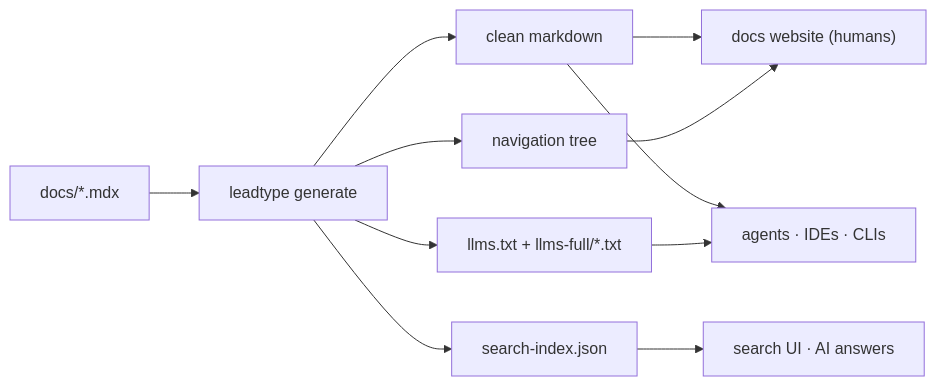
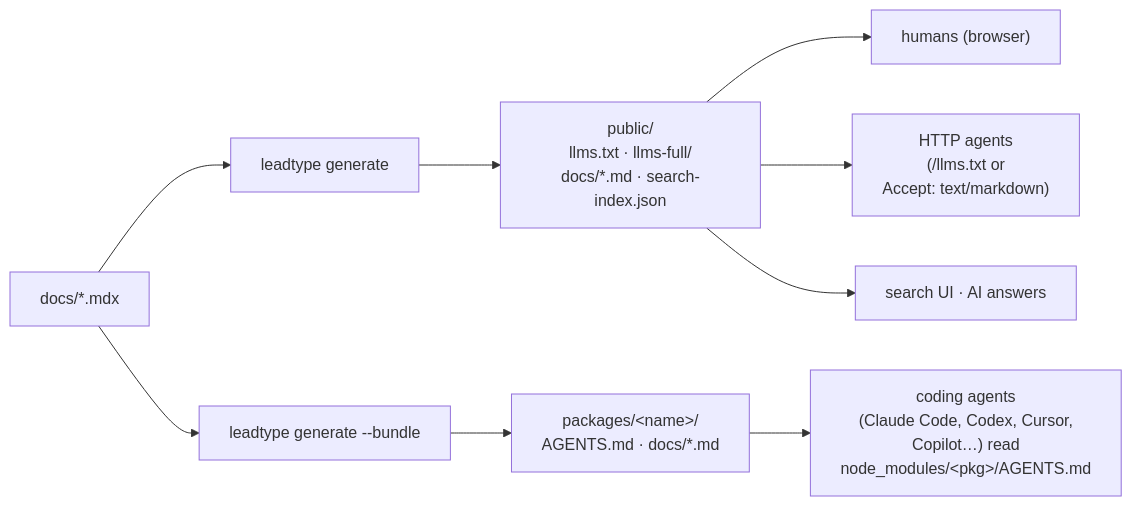
One commit to inthhq/leadtype changed the diagram in README.md. Above: the diagram before and after it, drawn with Mermaid. The commit also changed other lines of this file and 37 other files, not shown here.

````diff
--- a/README.md
+++ b/README.md
@@ -5,22 +5,20 @@
 ```mermaid
 flowchart LR
   src["docs/*.mdx"]
-  pipe["leadtype generate"]
-  md["clean markdown"]
-  llm["llms.txt + llms-full/*.txt"]
-  idx["search-index.json"]
-  nav["navigation tree"]
-  site["docs website (humans)"]
-  agent["agents · IDEs · CLIs"]
+  site_run["leadtype generate"]
+  bundle_run["leadtype generate --bundle"]
+  site_out["public/<br/>llms.txt · llms-full/<br/>docs/*.md · search-index.json"]
+  bundle_out["packages/&lt;name&gt;/<br/>AGENTS.md · docs/*.md"]
+  humans["humans (browser)"]
+  http_agents["HTTP agents<br/>(/llms.txt or<br/>Accept: text/markdown)"]
   search["search UI · AI answers"]
-  src --> pipe
-  pipe --> md
-  pipe --> llm
-  pipe --> idx
-  pipe --> nav
-  md --> site
-  md --> agent
-  llm --> agent
-  idx --> search
-  nav --> site
+  offline_agents["coding agents<br/>(Claude Code, Codex, Cursor,<br/>Copilot…) read<br/>node_modules/&lt;pkg&gt;/AGENTS.md"]
+  src --> site_run
+  src --> bundle_run
+  site_run --> site_out
+  bundle_run --> bundle_out
+  site_out --> humans
+  site_out --> http_agents
+  site_out --> search
+  bundle_out --> offline_agents
 ```
````
